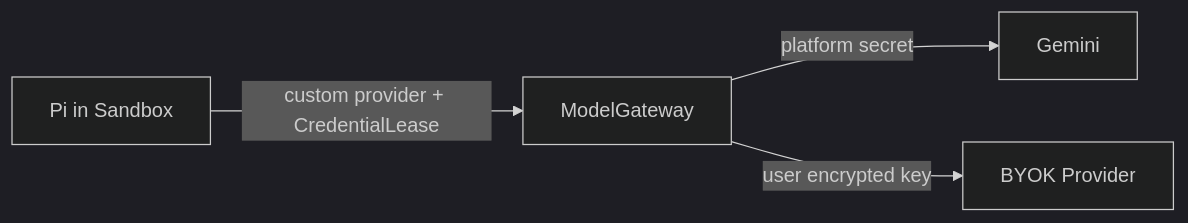
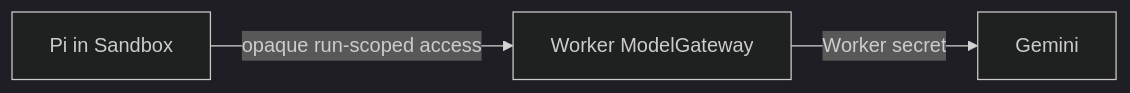
One commit to DeyunMa/agent-online changed the second of 2 diagrams in docs/architecture/02-sandbox-runtime.md. Above: the diagram before and after it, drawn with Mermaid (dark theme). The commit also changed other lines of this file and 31 other files, not shown here.

First line of the commit message:
refactor(architecture): establish d1-only agent run baseline

````diff
--- a/docs/architecture/02-sandbox-runtime.md
+++ b/docs/architecture/02-sandbox-runtime.md
@@ -127,6 +129,5 @@
 ```mermaid
 flowchart LR
-    A["Pi in Sandbox"] -->|"custom provider + CredentialLease"| G["ModelGateway"]
-    G -->|"platform secret"| M["Gemini"]
-    G -->|"user encrypted key"| B["BYOK Provider"]
+    P["Pi in Sandbox"] -->|"opaque run-scoped access"| G["Worker ModelGateway"]
+    G -->|"Worker secret"| M["Gemini"]
 ```
````
